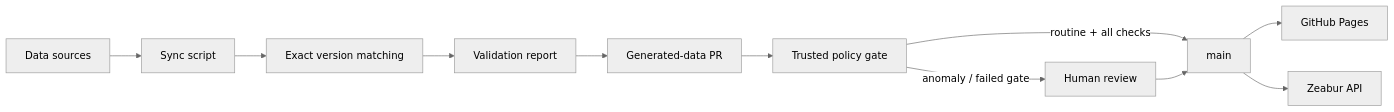
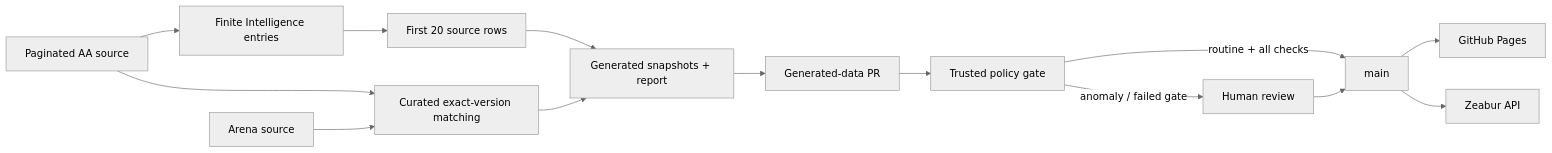
Before and after one commit to joker01-01/ai-model-leaderboard: the diagram in README.md, drawn with Mermaid (neutral theme). The commit also changed other lines of this file and 25 other files, not shown here.

````diff
--- a/README.md
+++ b/README.md
@@ -48,19 +48,24 @@
 ```mermaid
 flowchart LR
-  src[Data sources]
-  sync[Sync script]
-  match[Exact version matching]
-  report[Validation report]
+  aa[Paginated AA source]
+  arena[Arena source]
+  public[Finite Intelligence entries]
+  top[First 20 source rows]
+  match[Curated exact-version matching]
+  generated[Generated snapshots + report]
   pr[Generated-data PR]
   gate[Trusted policy gate]
   human[Human review]
   main[main]
   pages[GitHub Pages]
   api[Zeabur API]
 
-  src --> sync --> match --> report --> pr --> gate
+  aa --> public --> top --> generated
+  aa --> match
+  arena --> match --> generated
+  generated --> pr --> gate
   gate -->|routine + all checks| main
   gate -->|anomaly / failed gate| human --> main
   main --> pages
   main --> api
 ```
````
